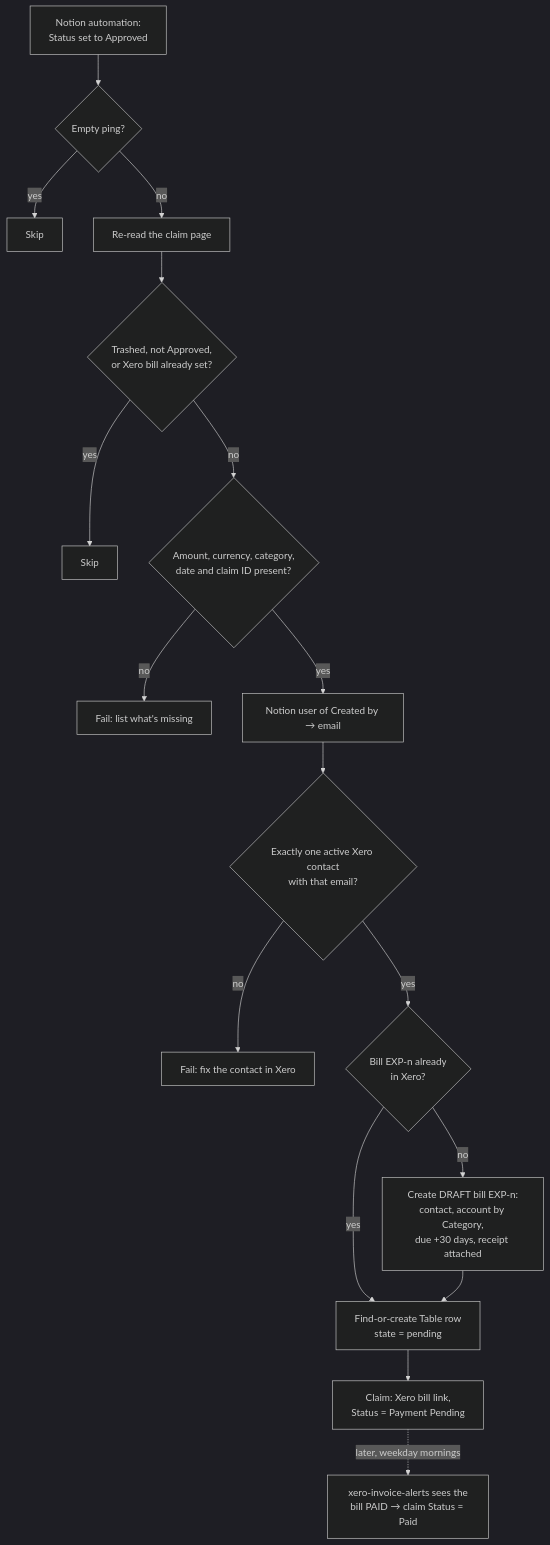
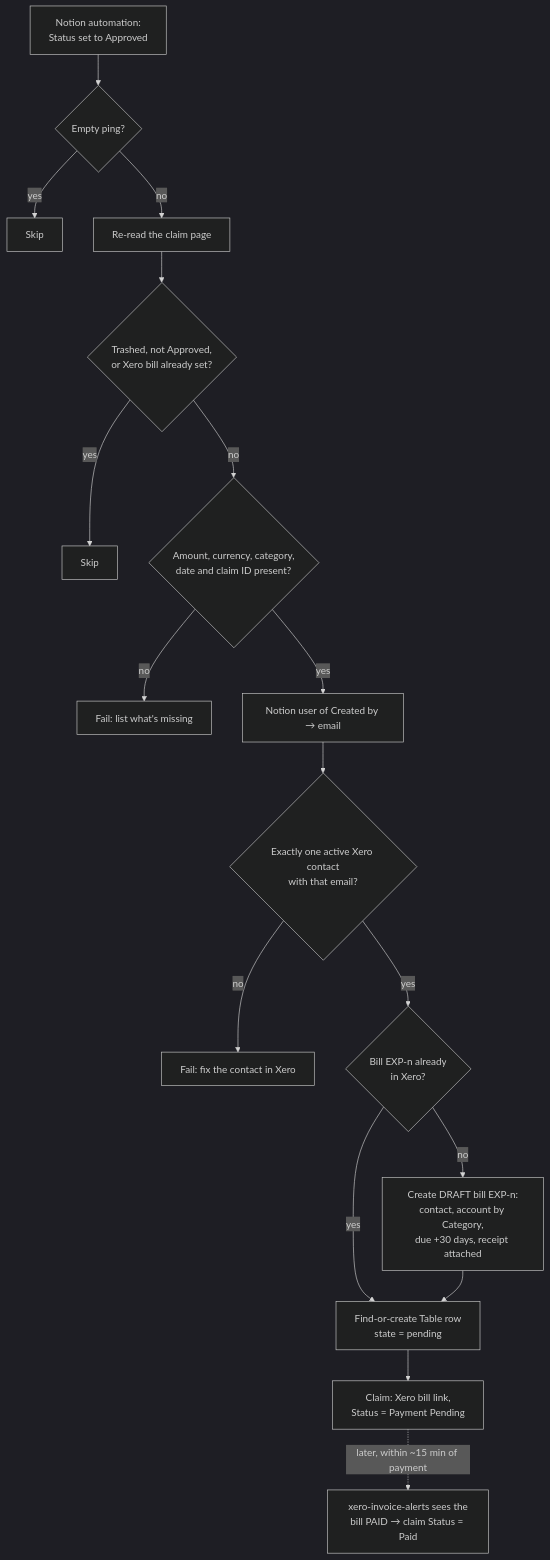
The diagram in expense-claim-to-xero-bill/README.md (work-flowers/zapier-sdk), drawn with Mermaid (dark theme) before and after one commit. The commit also changed other lines of this file and 4 other files, not shown here.

First line of the commit message:
xero-invoice-alerts: add poll-bill-paid deployment for expense claims

````diff
--- a/expense-claim-to-xero-bill/README.md
+++ b/expense-claim-to-xero-bill/README.md
@@ -14,19 +14,19 @@
 ```mermaid
 flowchart TD
   T[Notion automation:<br/>Status set to Approved] --> P{Empty ping?}
   P -- yes --> S0[Skip]
   P -- no --> R[Re-read the claim page]
   R --> G{Trashed, not Approved,<br/>or Xero bill already set?}
   G -- yes --> S[Skip]
   G -- no --> V{Amount, currency, category,<br/>date and claim ID present?}
   V -- no --> E1[Fail: list what's missing]
   V -- yes --> U[Notion user of Created by → email]
   U --> C{Exactly one active Xero contact<br/>with that email?}
   C -- no --> E2[Fail: fix the contact in Xero]
   C -- yes --> X{Bill EXP-n already<br/>in Xero?}
   X -- yes --> TB[Find-or-create Table row<br/>state = pending]
   X -- no --> B[Create DRAFT bill EXP-n:<br/>contact, account by Category,<br/>due +30 days, receipt attached]
   B --> TB
   TB --> W[Claim: Xero bill link,<br/>Status = Payment Pending]
-  W -. later, weekday mornings .-> A[xero-invoice-alerts sees the<br/>bill PAID → claim Status = Paid]
+  W -. later, within ~15 min of payment .-> A[xero-invoice-alerts sees the<br/>bill PAID → claim Status = Paid]
 ```
````
